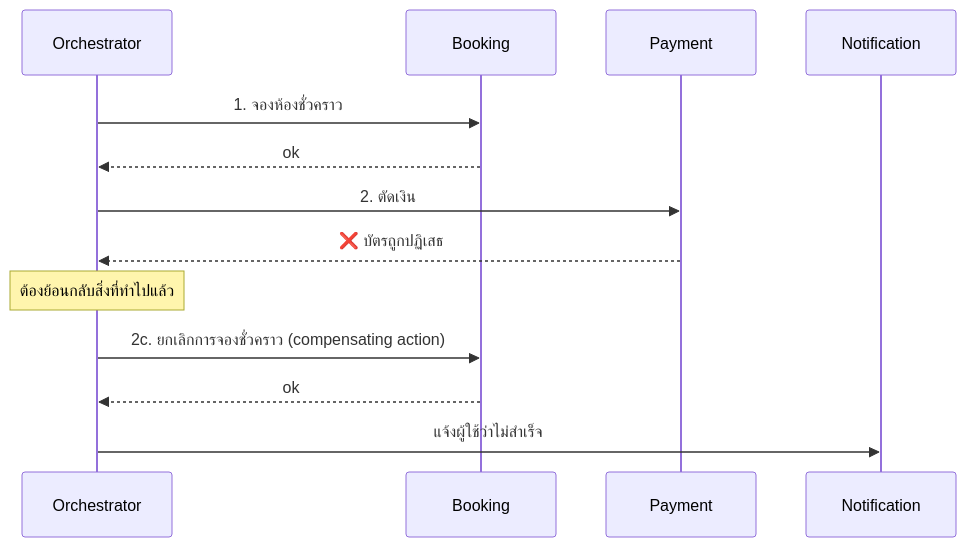
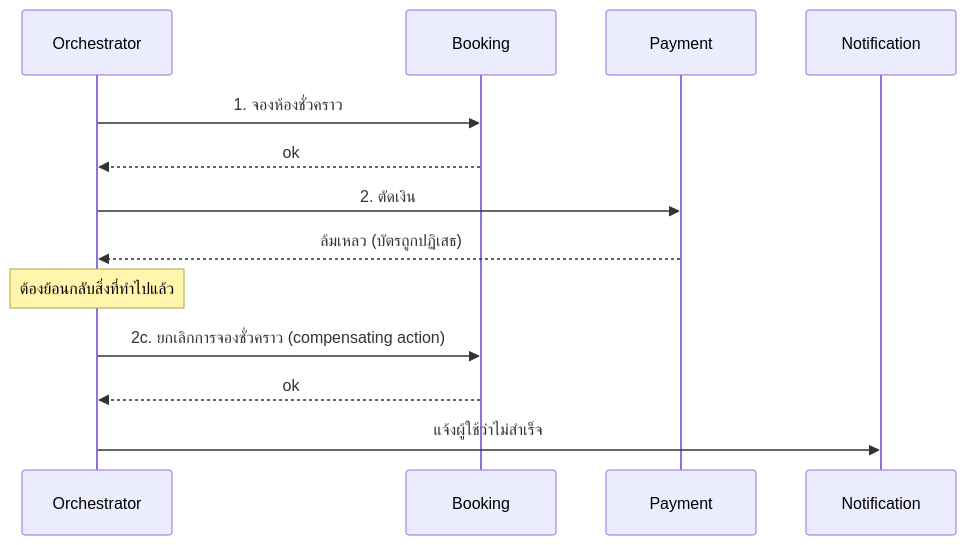
One commit to CE-SDPX/SDPX-AI changed diagram 15 of 25 in readings/04-system-architecture-design.md. Above: the diagram before and after it, drawn with Mermaid. The commit also changed other lines of this file and 6 other files, not shown here.

````diff
--- a/readings/04-system-architecture-design.md
+++ b/readings/04-system-architecture-design.md
@@ -481,16 +480,16 @@
 ```mermaid
 sequenceDiagram
     participant O as Orchestrator
     participant B as Booking
     participant P as Payment
     participant N as Notification
 
     O->>B: 1. จองห้องชั่วคราว
     B-->>O: ok
     O->>P: 2. ตัดเงิน
-    P-->>O: ❌ บัตรถูกปฏิเสธ
+    P-->>O: ล้มเหลว (บัตรถูกปฏิเสธ)
     Note over O: ต้องย้อนกลับสิ่งที่ทำไปแล้ว
     O->>B: 2c. ยกเลิกการจองชั่วคราว (compensating action)
     B-->>O: ok
     O->>N: แจ้งผู้ใช้ว่าไม่สำเร็จ
 ```
````
